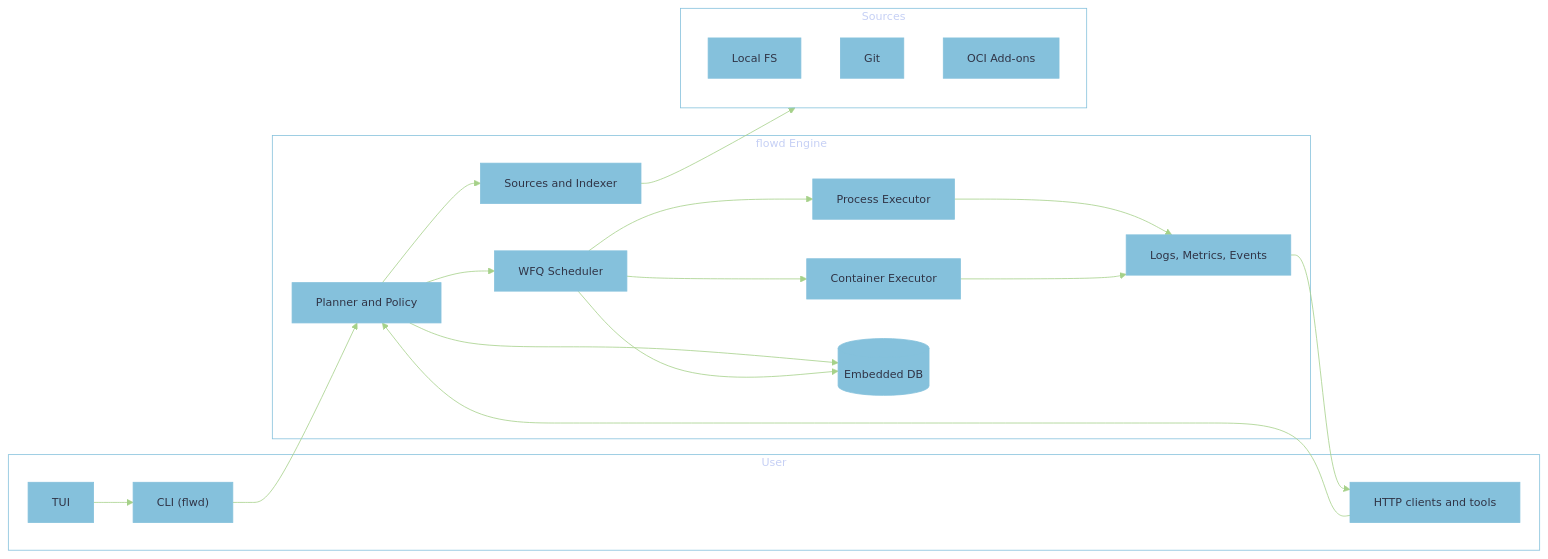
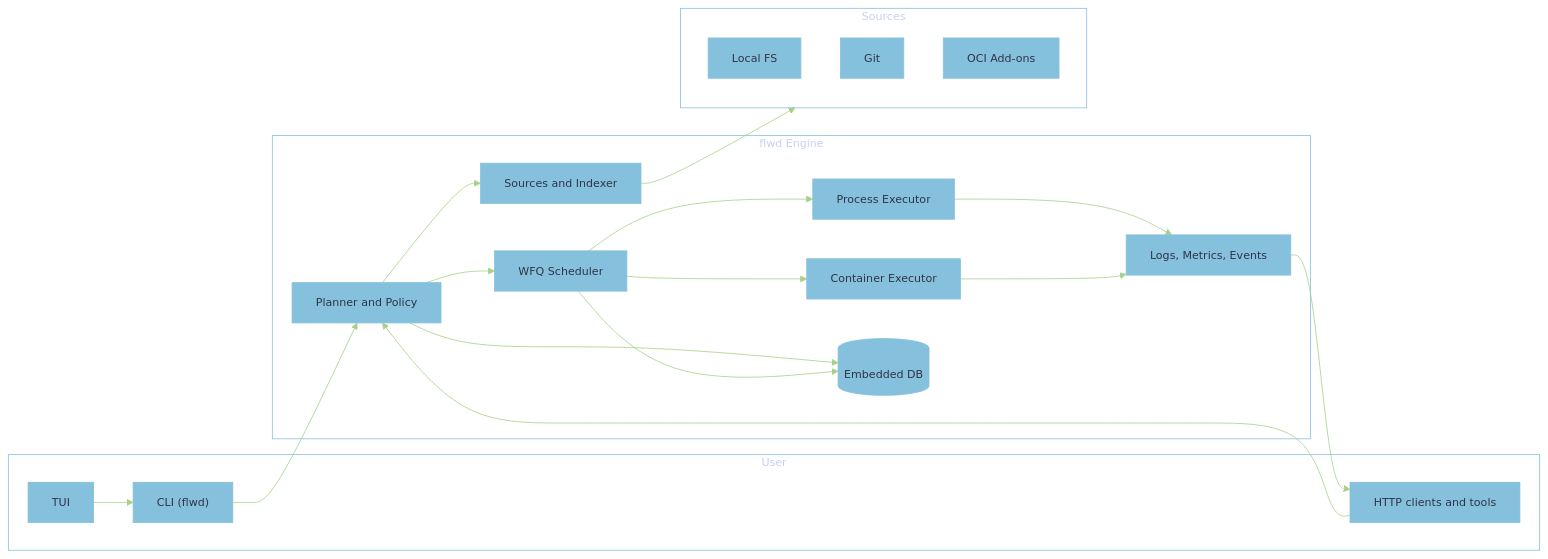
Before and after one commit to flowd-org/flowd: the first of 2 diagrams in docs/architecture-overview.md, drawn with Mermaid. The commit also changed other lines of this file and 14 other files, not shown here.

````diff
--- a/docs/architecture-overview.md
+++ b/docs/architecture-overview.md
@@ -19,41 +19,41 @@
 ```mermaid
 %%{init: {'theme':'base', 'themeVariables': { 'primaryColor':'#85c1dc','primaryTextColor':'#303446','primaryBorderColor':'#85c1dc','lineColor':'#a6d189','secondaryColor':'#303446','tertiaryColor':'#303446','clusterBkg':'transparent','clusterBorder':'#85c1dc','titleColor':'#c6d0f5','edgeLabelBackground':'#303446','fontFamily':'Overpass Mono','fontSize':'14px'}}}%%
 flowchart LR
     subgraph User
       CLI["CLI (flwd)"]
       TUI[TUI]
       Client["HTTP clients and tools"]
     end
 
-    subgraph Engine["flowd Engine"]
+    subgraph Engine["flwd Engine"]
       Planner["Planner and Policy"]
       Scheduler["WFQ Scheduler"]
       ExecProc["Process Executor"]
       ExecOCI["Container Executor"]
       DB[("Embedded DB")]
       Sources["Sources and Indexer"]
       Obs["Logs, Metrics, Events"]
     end
 
     subgraph SourcesBlock[Sources]
       FS["Local FS"]
       GIT[Git]
       OCI["OCI Add-ons"]
     end
 
     CLI --> Planner
     TUI --> CLI
     Client --> Planner
 
     Planner --> Scheduler
     Scheduler --> ExecProc
     Scheduler --> ExecOCI
 
     Planner --> Sources
     Sources --> SourcesBlock
     ExecProc --> Obs
     ExecOCI --> Obs
     Planner --> DB
     Scheduler --> DB
     Obs --> Client
 ```
````
